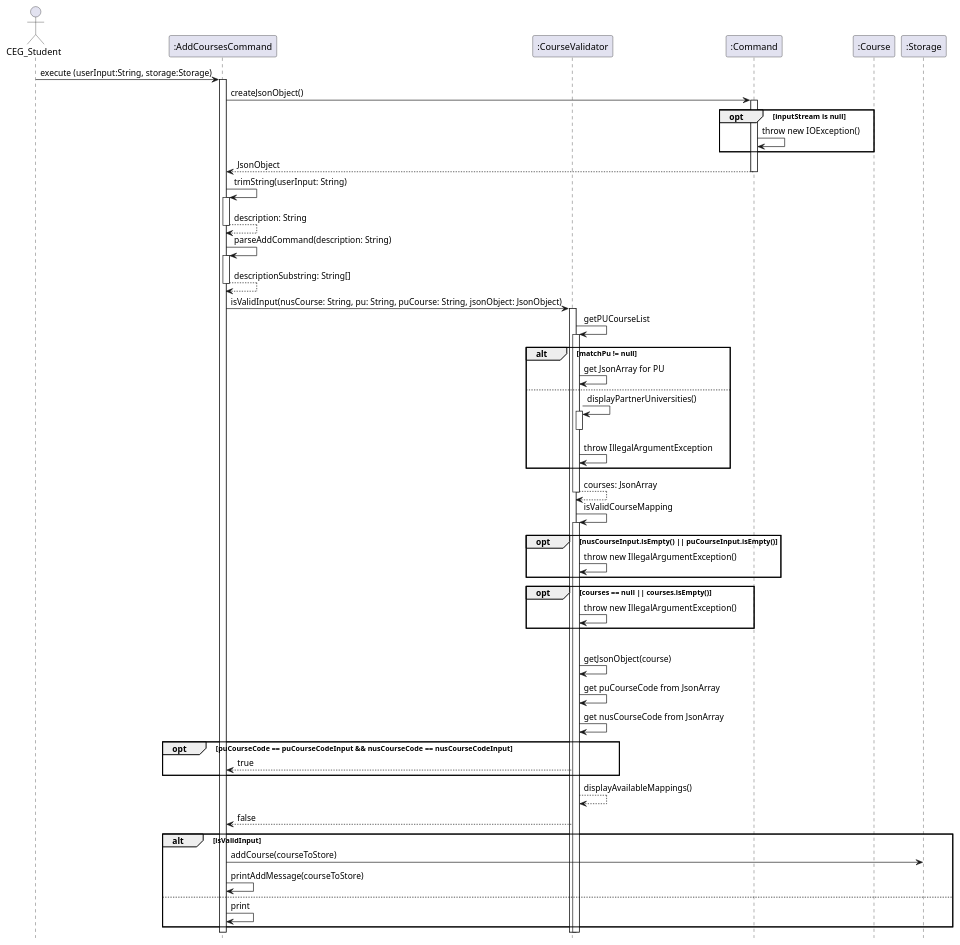
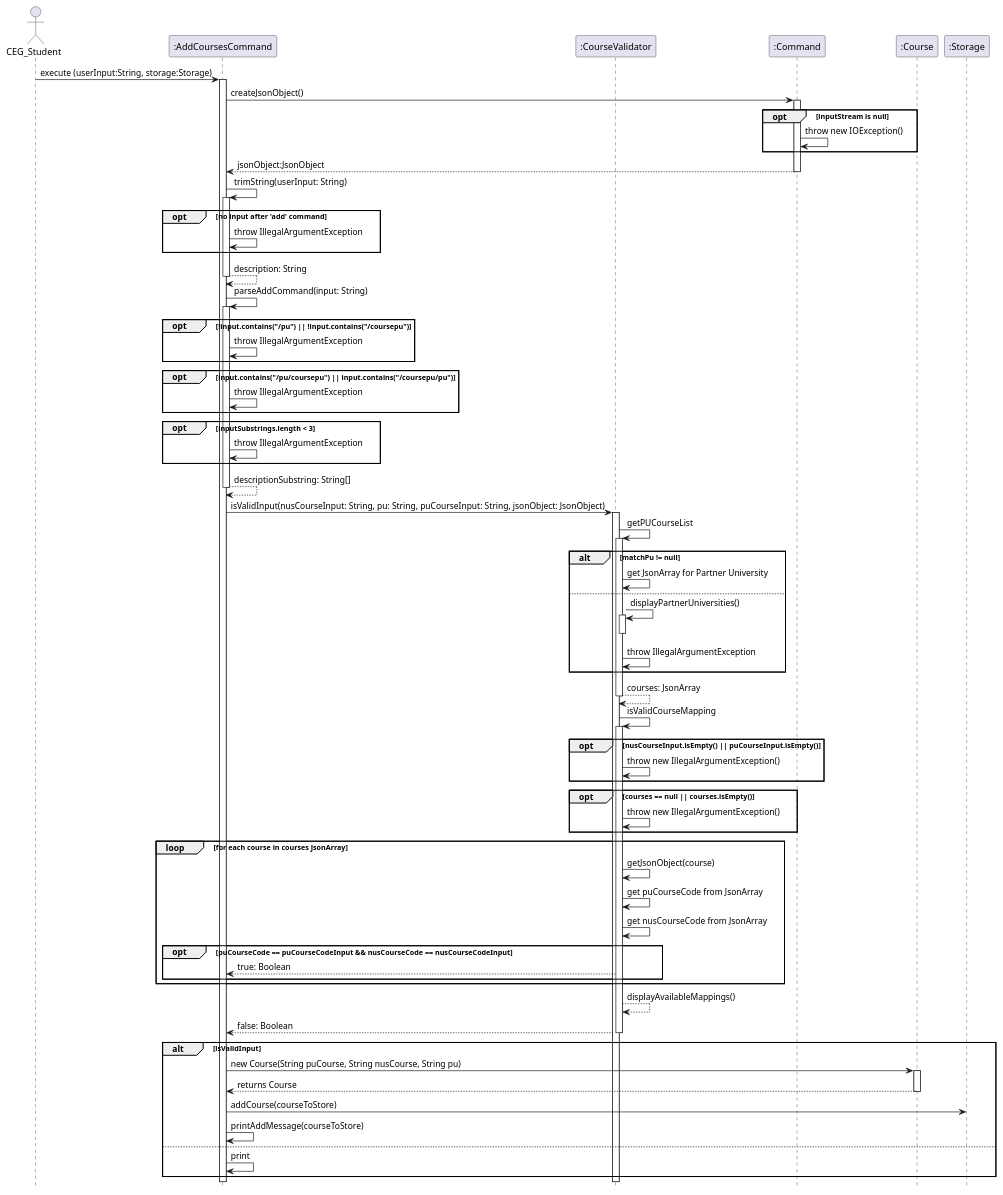
One commit to nus-cs2113-AY2425S1/tp changed the diagram in uml-diagrams/AddCourseCommand.puml. Above: the diagram before and after it, drawn with PlantUML.

Commit message:
Update UML diagram

```diff
--- a/uml-diagrams/AddCourseCommand.puml
+++ b/uml-diagrams/AddCourseCommand.puml
@@ -1,78 +1,98 @@
 @startuml
 hide footbox
 
 actor CEG_Student
 participant ":AddCoursesCommand" as AddCoursesCommand
 participant ":CourseValidator" as CourseValidator
 participant ":Command" as Command
 participant ":Course" as Course
 participant ":Storage" as Storage
 
 
 CEG_Student -> AddCoursesCommand: execute (userInput:String, storage:Storage)
 activate AddCoursesCommand
 
 AddCoursesCommand -> Command: createJsonObject()
 activate Command
 
 opt inputStream is null
     Command -> Command: throw new IOException()
 end
 
-Command --> AddCoursesCommand: JsonObject
+Command --> AddCoursesCommand: jsonObject:JsonObject
 deactivate Command
 
 AddCoursesCommand -> AddCoursesCommand:trimString(userInput: String)
 activate AddCoursesCommand
+opt no input after 'add' command
+AddCoursesCommand -> AddCoursesCommand: throw IllegalArgumentException
+end
 return description: String
 
-AddCoursesCommand -> AddCoursesCommand:parseAddCommand(description: String)
+AddCoursesCommand -> AddCoursesCommand:parseAddCommand(input: String)
 activate AddCoursesCommand
+opt !input.contains("/pu") || !input.contains("/coursepu")
+AddCoursesCommand -> AddCoursesCommand: throw IllegalArgumentException
+end
+opt input.contains("/pu/coursepu") || input.contains("/coursepu/pu")
+AddCoursesCommand -> AddCoursesCommand: throw IllegalArgumentException
+end
+opt inputSubstrings.length < 3
+AddCoursesCommand -> AddCoursesCommand: throw IllegalArgumentException
+end
 return descriptionSubstring: String[]
 
-AddCoursesCommand -> CourseValidator:isValidInput(nusCourse: String, pu: String, puCourse: String, jsonObject: JsonObject)
+
+
+AddCoursesCommand -> CourseValidator:isValidInput(nusCourseInput: String, pu: String, puCourseInput: String, jsonObject: JsonObject)
 activate CourseValidator
 
 CourseValidator -> CourseValidator:getPUCourseList
 activate CourseValidator
 
 alt matchPu != null
-CourseValidator -> CourseValidator: get JsonArray for PU
+CourseValidator -> CourseValidator: get JsonArray for Partner University
 else
 CourseValidator -> CourseValidator:displayPartnerUniversities()
 activate CourseValidator
 deactivate
 CourseValidator -> CourseValidator: throw IllegalArgumentException
 end
 return courses: JsonArray
+
 
 CourseValidator -> CourseValidator: isValidCourseMapping
 activate CourseValidator
 
 opt nusCourseInput.isEmpty() || puCourseInput.isEmpty()
     CourseValidator -> CourseValidator: throw new IllegalArgumentException()
 end
 opt courses == null || courses.isEmpty()
     CourseValidator -> CourseValidator: throw new IllegalArgumentException()
 end
 
 loop for each course in courses JsonArray
 CourseValidator -> CourseValidator:getJsonObject(course)
 CourseValidator -> CourseValidator:get puCourseCode from JsonArray
 CourseValidator -> CourseValidator:get nusCourseCode from JsonArray
 
 opt puCourseCode == puCourseCodeInput && nusCourseCode == nusCourseCodeInput
-    CourseValidator --> AddCoursesCommand: true
+    CourseValidator --> AddCoursesCommand: true: Boolean
+end
 end
   CourseValidator --> CourseValidator: displayAvailableMappings()
-  CourseValidator --> AddCoursesCommand: false
+  CourseValidator --> AddCoursesCommand: false: Boolean
+  deactivate
 
 alt isValidInput
+AddCoursesCommand -> Course: new Course(String puCourse, String nusCourse, String pu)
+activate Course
+Course --> AddCoursesCommand : returns Course
+deactivate
 AddCoursesCommand -> Storage :addCourse(courseToStore)
 AddCoursesCommand -> AddCoursesCommand: printAddMessage(courseToStore)
 else
 AddCoursesCommand -> AddCoursesCommand: print
 end
 
-
 @enduml
```
